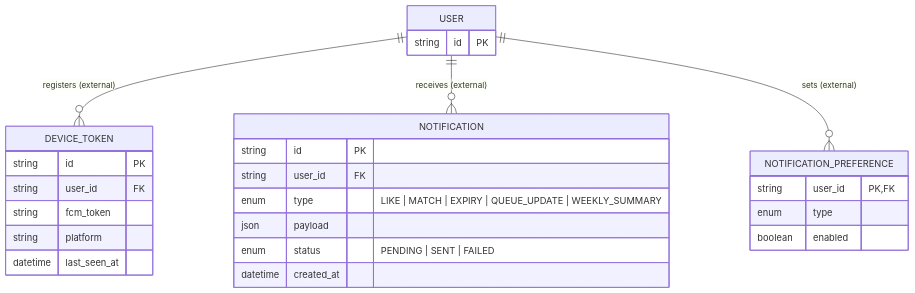
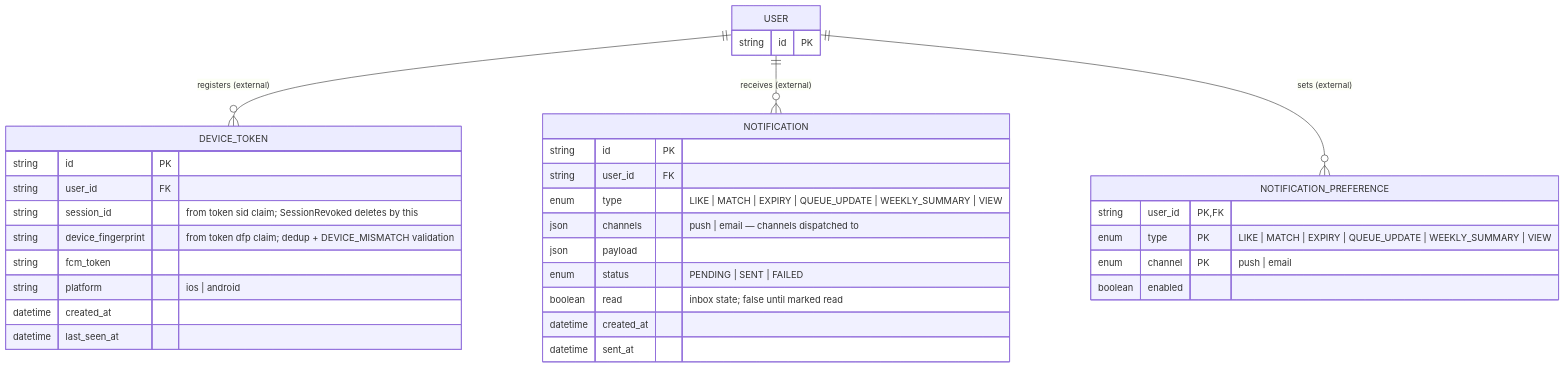
One commit to cheetah-org/fold-design changed the seventh of 8 diagrams in entities/er-diagram.md. Above: the diagram before and after it, drawn with Mermaid. The commit also changed other lines of this file and 12 other files, not shown here.

First line of the commit message:
Sync ER diagram with API specs, replace city with location/region, fix cross-doc errors

````diff
--- a/entities/er-diagram.md
+++ b/entities/er-diagram.md
@@ -417,34 +438,41 @@
 ```mermaid
 erDiagram
     %% Owned entities
     DEVICE_TOKEN {
         string id PK
         string user_id FK
+        string session_id "from token sid claim; SessionRevoked deletes by this"
+        string device_fingerprint "from token dfp claim; dedup + DEVICE_MISMATCH validation"
         string fcm_token
-        string platform
+        string platform "ios | android"
+        datetime created_at
         datetime last_seen_at
     }
     NOTIFICATION {
         string id PK
         string user_id FK
-        enum type "LIKE | MATCH | EXPIRY | QUEUE_UPDATE | WEEKLY_SUMMARY"
+        enum type "LIKE | MATCH | EXPIRY | QUEUE_UPDATE | WEEKLY_SUMMARY | VIEW"
+        json channels "push | email — channels dispatched to"
         json payload
         enum status "PENDING | SENT | FAILED"
+        boolean read "inbox state; false until marked read"
         datetime created_at
+        datetime sent_at
     }
     NOTIFICATION_PREFERENCE {
         string user_id PK, FK
-        enum type
+        enum type PK "LIKE | MATCH | EXPIRY | QUEUE_UPDATE | WEEKLY_SUMMARY | VIEW"
+        enum channel PK "push | email"
         boolean enabled
     }
 
     %% External reference (owned by User Service)
     USER {
         string id PK
     }
 
     %% Relationships
     USER ||--o{ DEVICE_TOKEN : "registers (external)"
     USER ||--o{ NOTIFICATION : "receives (external)"
     USER ||--o{ NOTIFICATION_PREFERENCE : "sets (external)"
 ```
````
